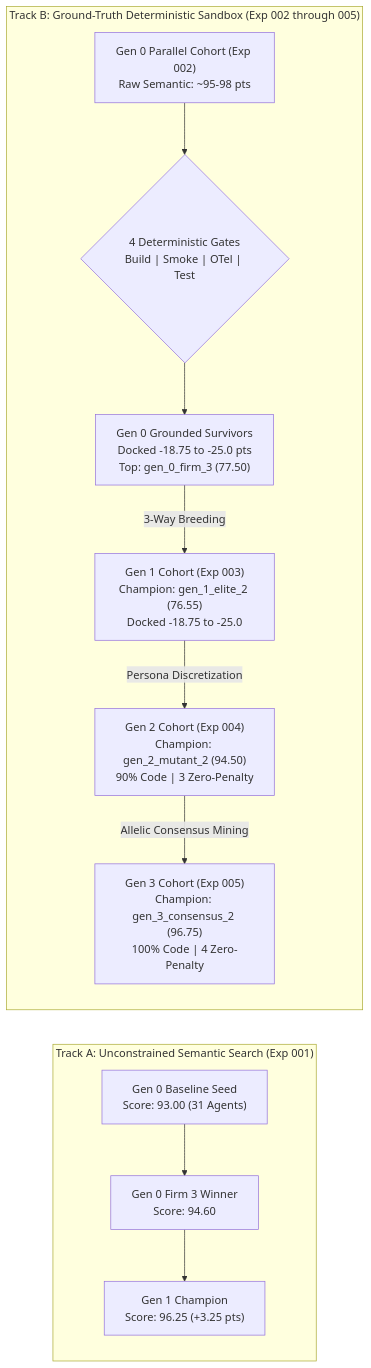
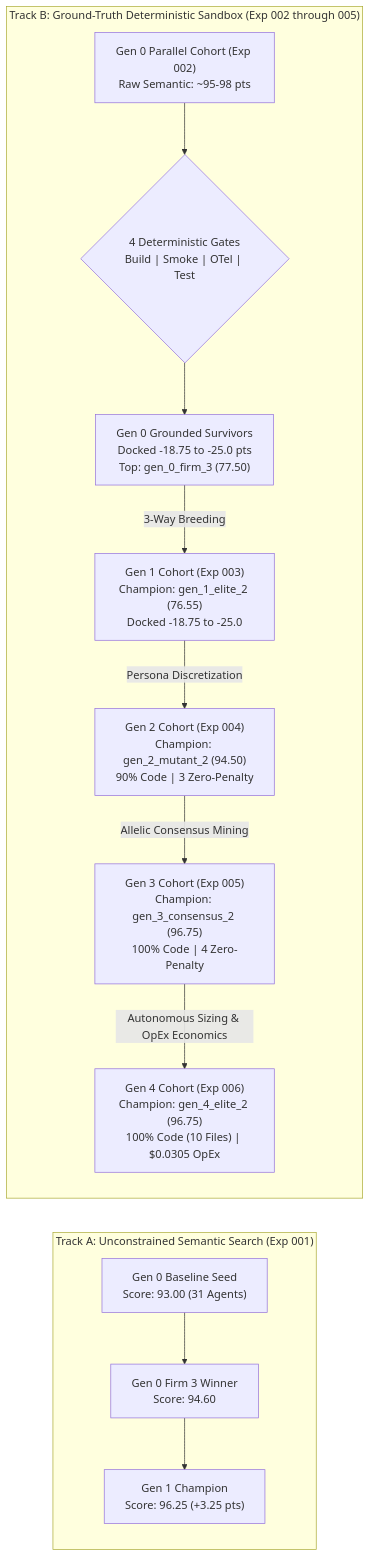
Before and after one commit to SinaChavoshi/hierarchical-agent-evolution: the diagram in experiments/README.md, drawn with Mermaid. The commit also changed other lines of this file and 19 other files, not shown here.

Commit message:
feat(gen4): archive Generation 4 tournament results, OpEx economics, and 6-milestone trajectory

````diff
--- a/experiments/README.md
+++ b/experiments/README.md
@@ -29,22 +30,23 @@
 ```mermaid
 graph LR
     subgraph TrackA ["Track A: Unconstrained Semantic Search (Exp 001)"]
         Seed["Gen 0 Baseline Seed<br/>Score: 93.00 (31 Agents)"] --> Firm3["Gen 0 Firm 3 Winner<br/>Score: 94.60"]
         Firm3 --> Elite2["Gen 1 Champion<br/>Score: 96.25 (+3.25 pts)"]
     end
 
     subgraph TrackB ["Track B: Ground-Truth Deterministic Sandbox (Exp 002 through 005)"]
         ParSeed["Gen 0 Parallel Cohort (Exp 002)<br/>Raw Semantic: ~95-98 pts"]
         Gates{"4 Deterministic Gates<br/>Build | Smoke | OTel | Test"}
         Penalized["Gen 0 Grounded Survivors<br/>Docked -18.75 to -25.0 pts<br/>Top: gen_0_firm_3 (77.50)"]
         Gen1Cohort["Gen 1 Cohort (Exp 003)<br/>Champion: gen_1_elite_2 (76.55)<br/>Docked -18.75 to -25.0"]
         Gen2Cohort["Gen 2 Cohort (Exp 004)<br/>Champion: gen_2_mutant_2 (94.50)<br/>90% Code | 3 Zero-Penalty"]
         Gen3Cohort["Gen 3 Cohort (Exp 005)<br/>Champion: gen_3_consensus_2 (96.75)<br/>100% Code | 4 Zero-Penalty"]
 
         ParSeed --> Gates
         Gates --> Penalized
         Penalized -->|3-Way Breeding| Gen1Cohort
         Gen1Cohort -->|Persona Discretization| Gen2Cohort
         Gen2Cohort -->|Allelic Consensus Mining| Gen3Cohort
+        Gen3Cohort -->|Autonomous Sizing & OpEx Economics| Gen4Cohort["Gen 4 Cohort (Exp 006)<br/>Champion: gen_4_elite_2 (96.75)<br/>100% Code (10 Files) | $0.0305 OpEx"]
     end
 ```
````
